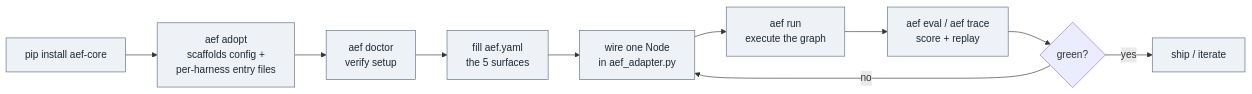
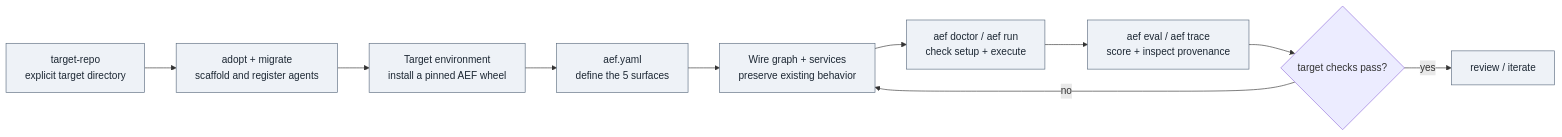
One commit to AndrewGoodson/aef-core changed the second of 2 diagrams in README.md. Above: the diagram before and after it, drawn with Mermaid. The commit also changed other lines of this file and 168 other files, not shown here.

````diff
--- a/README.md
+++ b/README.md
@@ -106,15 +147,15 @@
 ```mermaid
 flowchart LR
-    A["pip install aef-core"] --> B["aef adopt<br/>scaffolds config +<br/>per-harness entry files"]
-    B --> C["aef doctor<br/>verify setup"]
-    C --> D["fill aef.yaml<br/>the 5 surfaces"]
-    D --> E["wire one Node<br/>in aef_adapter.py"]
-    E --> F["aef run<br/>execute the graph"]
-    F --> G["aef eval / aef trace<br/>score + replay"]
-    G --> H{"green?"}
-    H -->|yes| I["ship / iterate"]
+    A["target-repo<br/>explicit target directory"] --> B["adopt + migrate<br/>scaffold and register agents"]
+    B --> C["Target environment<br/>install a pinned AEF wheel"]
+    C --> D["aef.yaml<br/>define the 5 surfaces"]
+    D --> E["Wire graph + services<br/>preserve existing behavior"]
+    E --> F["aef doctor / aef run<br/>check setup + execute"]
+    F --> G["aef eval / aef trace<br/>score + inspect provenance"]
+    G --> H{"target checks pass?"}
+    H -->|yes| I["review / iterate"]
     H -->|no| E
 
     classDef step fill:#eef2f7,stroke:#5b6b7f,color:#1c2733;
     class A,B,C,D,E,F,G,I step;
 ```
````
